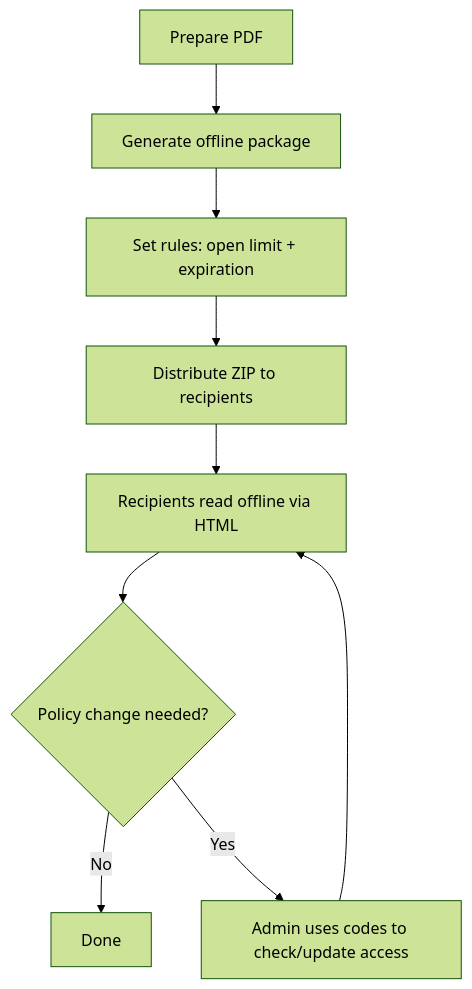
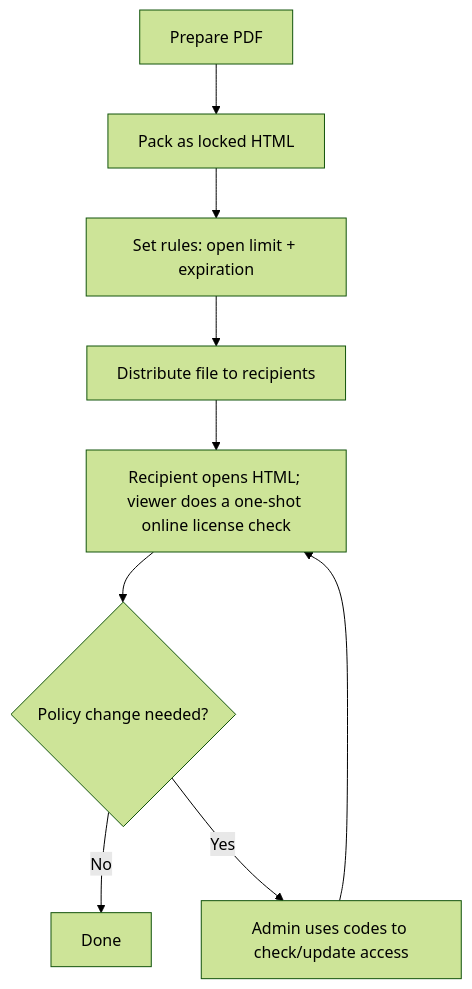
Before and after one commit to mythenigma/cloudflareAstro: the diagram in src/content/blog/en/offline-pdf-drm-enterprise-solution.md, drawn with Mermaid (forest theme). The commit also changed other lines of this file and 15 other files, not shown here.

````diff
--- a/src/content/blog/en/offline-pdf-drm-enterprise-solution.md
+++ b/src/content/blog/en/offline-pdf-drm-enterprise-solution.md
@@ -21,11 +21,11 @@
 ```mermaid
 flowchart TB
-  A[Prepare PDF] --> B[Generate offline package]
+  A[Prepare PDF] --> B[Pack as locked HTML]
   B --> C["Set rules: open limit + expiration"]
-  C --> D[Distribute ZIP to recipients]
-  D --> E[Recipients read offline via HTML]
+  C --> D[Distribute file to recipients]
+  D --> E[Recipient opens HTML; viewer does a one-shot online license check]
   E --> F{"Policy change needed?"}
   F -->|No| G[Done]
   F -->|Yes| H["Admin uses codes to check/update access"]
   H --> E
 ```
````
